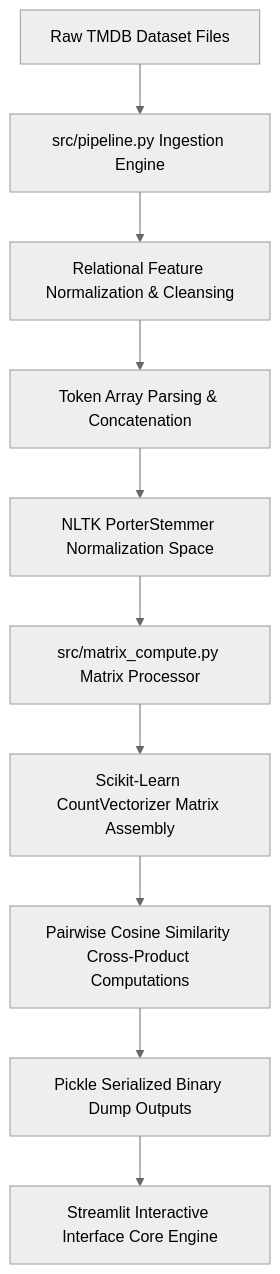
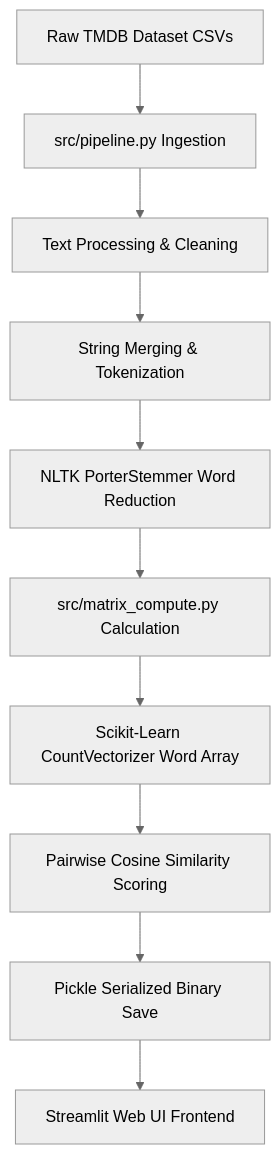
The diagram in README.md (Karan-kb/Movie-Recommendation-System), drawn with Mermaid (neutral theme) before and after one commit. The commit also changed other lines of this file, not shown here.

````diff
--- a/README.md
+++ b/README.md
@@ -11,12 +11,12 @@
 ```mermaid
 graph TD
-    A[Raw TMDB Dataset Files] --> B[src/pipeline.py Ingestion Engine]
-    B --> C[Relational Feature Normalization & Cleansing]
-    C --> D[Token Array Parsing & Concatenation]
-    D --> E[NLTK PorterStemmer Normalization Space]
-    E --> F[src/matrix_compute.py Matrix Processor]
-    F --> G[Scikit-Learn CountVectorizer Matrix Assembly]
-    G --> H[Pairwise Cosine Similarity Cross-Product Computations]
-    H --> I[Pickle Serialized Binary Dump Outputs]
-    I --> J[Streamlit Interactive Interface Core Engine]
+    A[Raw TMDB Dataset CSVs] --> B[src/pipeline.py Ingestion]
+    B --> C[Text Processing & Cleaning]
+    C --> D[String Merging & Tokenization]
+    D --> E[NLTK PorterStemmer Word Reduction]
+    E --> F[src/matrix_compute.py Calculation]
+    F --> G[Scikit-Learn CountVectorizer Word Array]
+    G --> H[Pairwise Cosine Similarity Scoring]
+    H --> I[Pickle Serialized Binary Save]
+    I --> J[Streamlit Web UI Frontend]
 ```
````
